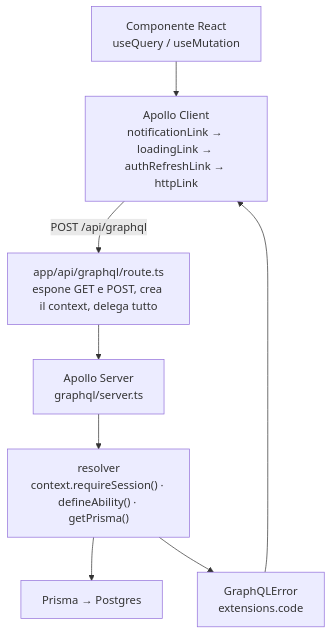
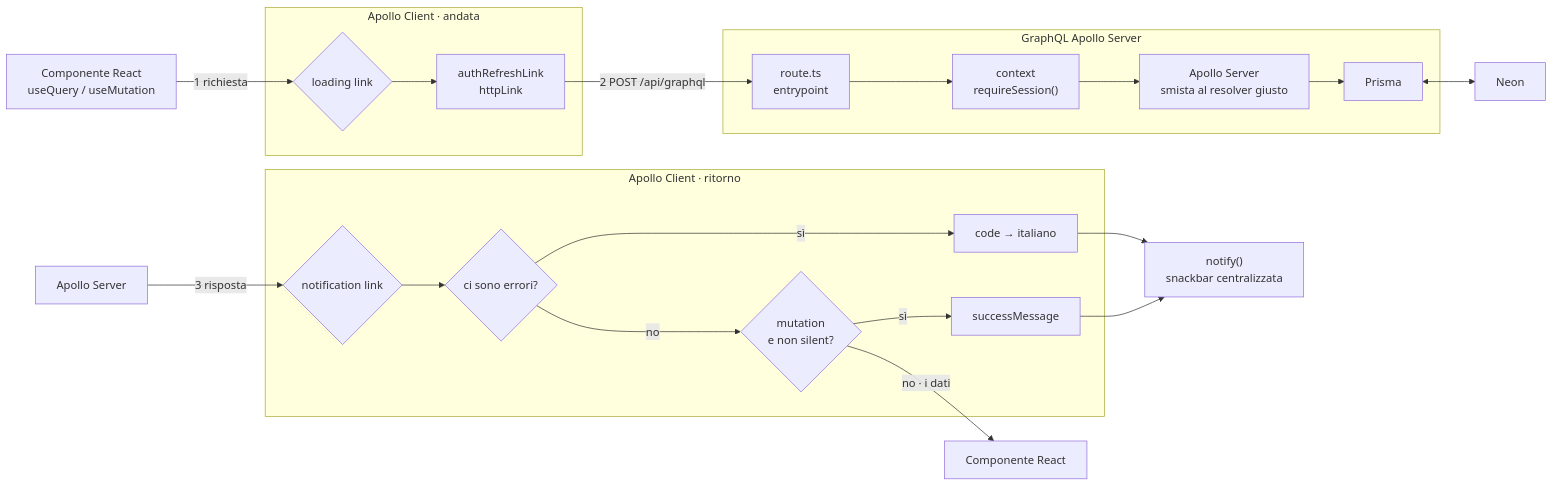
The diagram in docs/architecture/data-flow.md (angelapedicini/helpdesk), drawn with Mermaid before and after one commit. The commit also changed other lines of this file, not shown here.

Commit message:
documentazione data flow aggiunta

````diff
--- a/docs/architecture/data-flow.md
+++ b/docs/architecture/data-flow.md
@@ -17,10 +29,31 @@
 ```mermaid
-flowchart TD
-  A["Componente React<br/>useQuery / useMutation"] --> C["Apollo Client<br/>notificationLink → loadingLink → authRefreshLink → httpLink"]
-  C -->|"POST /api/graphql"| R["app/api/graphql/route.ts<br/>espone GET e POST, crea il context, delega tutto"]
-  R --> D["Apollo Server<br/>graphql/server.ts"]
-  D --> F["resolver<br/>context.requireSession() · defineAbility() · getPrisma()"]
-  F --> P["Prisma → Postgres"]
-  F --> E["GraphQLError<br/>extensions.code"]
-  E --> C
+flowchart LR
+  subgraph AC1["Apollo Client · andata"]
+    LL{"loading link"}
+    AR["authRefreshLink<br/>httpLink"]
+  end
+  subgraph GS["GraphQL Apollo Server"]
+    API["route.ts<br/>entrypoint"]
+    CTX["context<br/>requireSession()"]
+    BE["Apollo Server<br/>smista al resolver giusto"]
+    PRISMA["Prisma"]
+  end
+  subgraph AC2["Apollo Client · ritorno"]
+    NL{"notification link"}
+    Q{"ci sono errori?"}
+    EC["code → italiano"]
+    M{"mutation<br/>e non silent?"}
+    MS["successMessage"]
+  end
+  C1["Componente React<br/>useQuery / useMutation"] -->|1 richiesta| LL
+  LL --> AR
+  AR -->|2 POST /api/graphql| API
+  API --> CTX --> BE --> PRISMA
+  PRISMA <--> DB["Neon"]
+  BE2["Apollo Server"] -->|3 risposta| NL
+  NL --> Q
+  Q -->|sì| EC --> SN["notify()<br/>snackbar centralizzata"]
+  Q -->|no| M
+  M -->|sì| MS --> SN
+  M -->|"no · i dati"| C2["Componente React"]
 ```
````
